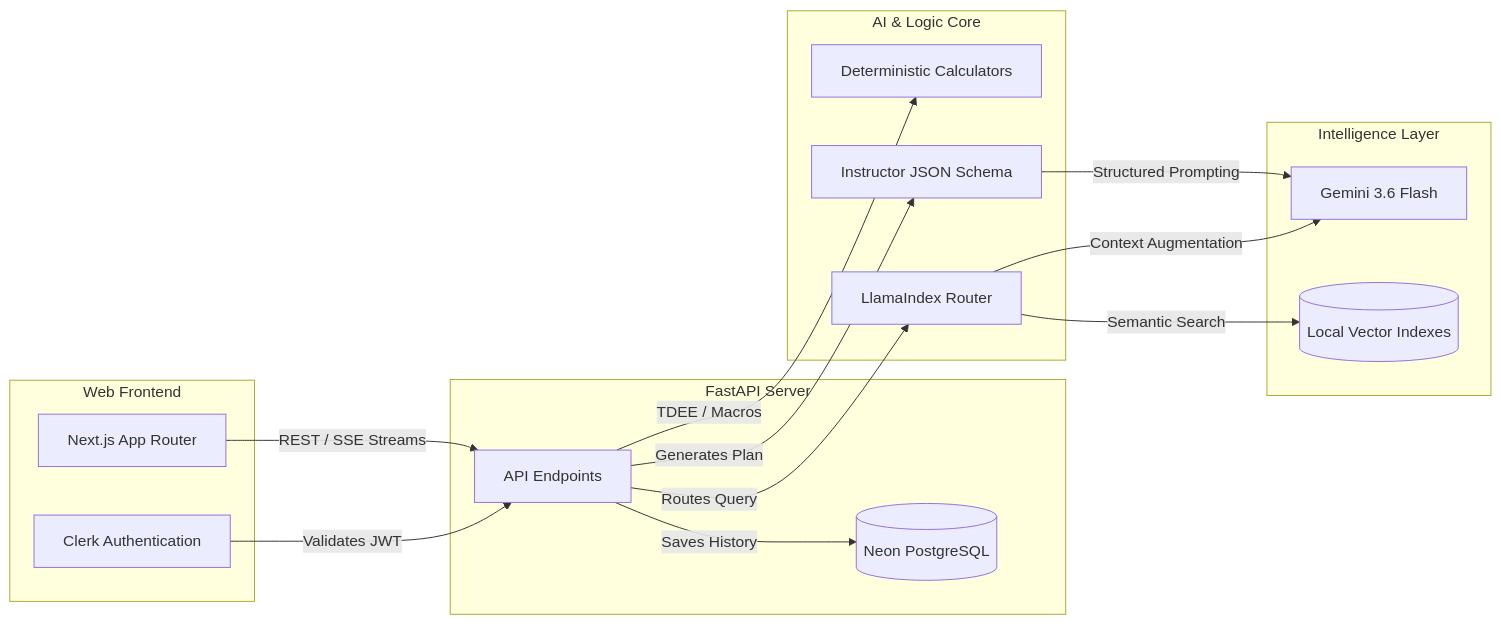
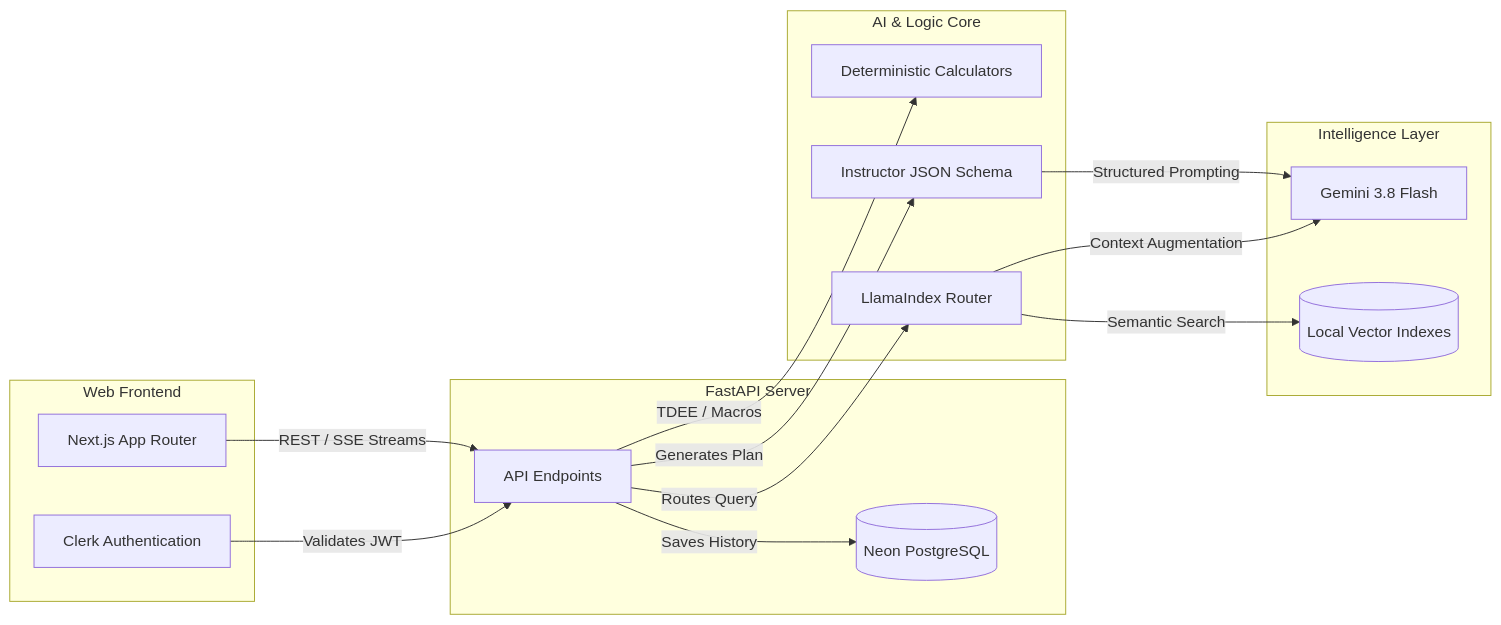
Before and after one commit to Mohamed-Elguindy/Fitness-App: the diagram in README.md, drawn with Mermaid.

Commit message:
refactor(rag-service): apply Clean Code principles to eliminate abbreviations
Refactored variable names in RAGService to replace ambiguous abbreviations and generic terms with intention-revealing domain nouns.

Key changes:
- Eliminated single-letter variables (`f` -> `chunk_file`, `n` -> `scored_node`).
- Expanded ambiguous acronyms for clarity (`fitness_qe` -> `fitness_query_engine`).
- Replaced generic data terms with specific context (`data` -> `chunk_data`, `nodes` -> `retrieved_nodes`).
- Expanded shorthand naming conventions (`docs` -> `documents`, `actual_k` -> `actual_top_k`).

````diff
--- a/README.md
+++ b/README.md
@@ -81,40 +81,40 @@
 ```mermaid
 graph LR
     %% Client Tier
     subgraph Client [Web Frontend]
         UI[Next.js App Router]
         Auth[Clerk Authentication]
     end
 
     %% API Tier
     subgraph API [FastAPI Server]
         Router[API Endpoints]
         DB[(Neon PostgreSQL)]
     end
 
     %% Engine Tier
     subgraph Engine [AI & Logic Core]
         Calc[Deterministic Calculators]
         Parser[Instructor JSON Schema]
         RAG[LlamaIndex Router]
     end
 
     %% Data & Model Tier
     subgraph Intelligence [Intelligence Layer]
-        LLM[Gemini 3.6 Flash]
+        LLM[Gemini 3.8 Flash]
         VectorDB[(Local Vector Indexes)]
     end
 
     %% Relationships
     UI -- "REST / SSE Streams" --> Router
     Auth -- "Validates JWT" --> Router
     Router -- "Saves History" --> DB
 
     Router -- "TDEE / Macros" --> Calc
     Router -- "Routes Query" --> RAG
     Router -- "Generates Plan" --> Parser
 
     Parser -- "Structured Prompting" --> LLM
     RAG -- "Semantic Search" --> VectorDB
     RAG -- "Context Augmentation" --> LLM
 ```
````
